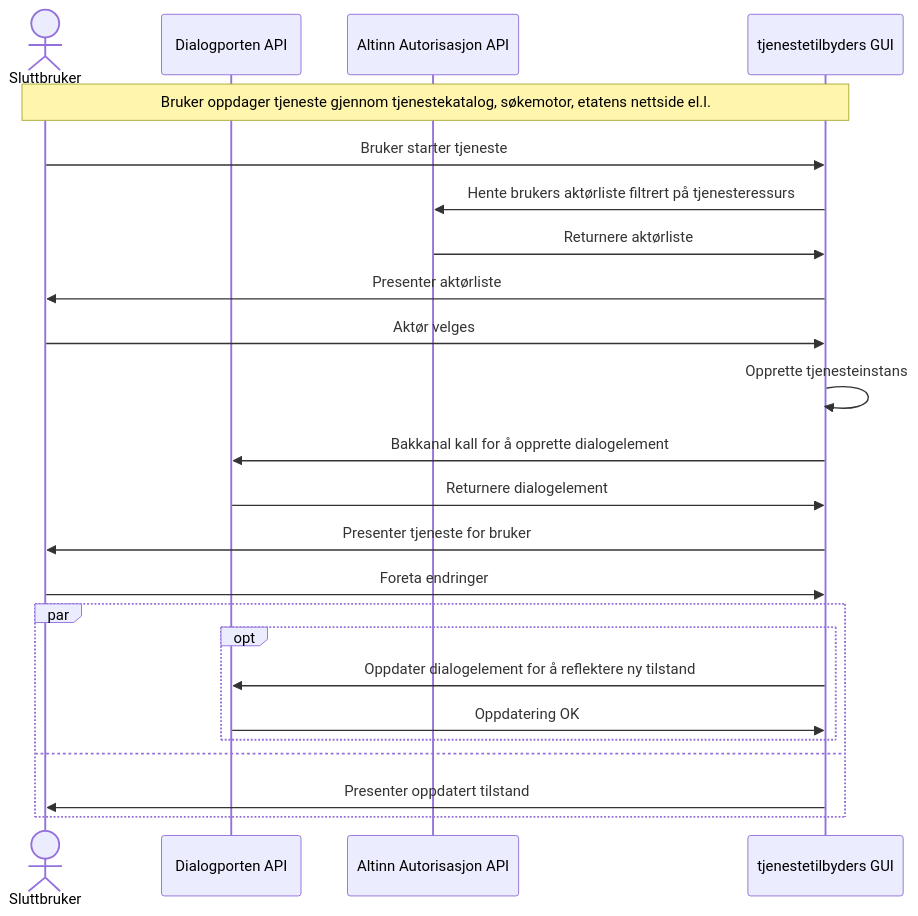
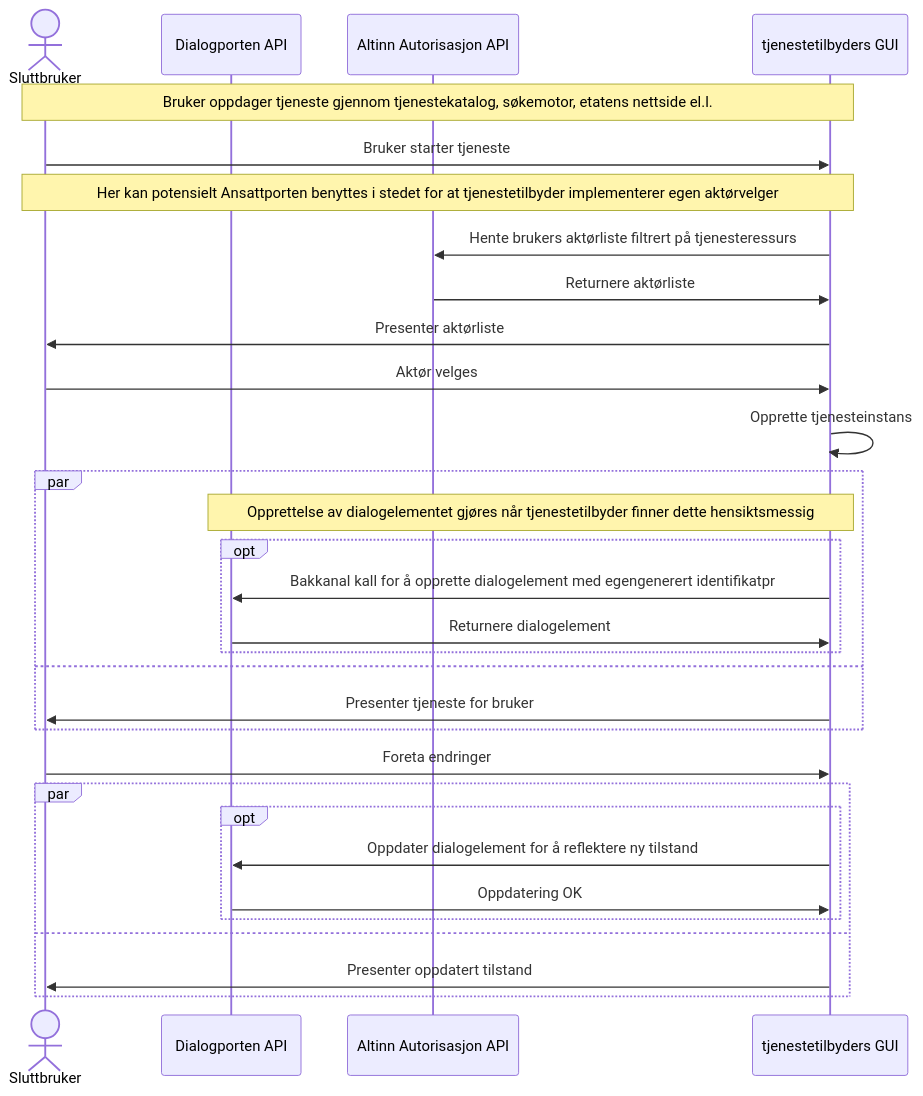
One commit to elsand/elsand.github.io changed the fourth of 6 diagrams in dialogporten.md. Above: the diagram before and after it, drawn with Mermaid. The commit also changed other lines of this file and 1 other file, not shown here.

Commit message:
Add support for supplying id for dialogelement (#25)

````diff
--- a/dialogporten.md
+++ b/dialogporten.md
@@ -403,27 +405,34 @@
 ```mermaid!
 sequenceDiagram
     actor SB as Sluttbruker
     participant API as Dialogporten API 
     participant AUTH as Altinn Autorisasjon API 
     participant TEGUI as tjenestetilbyders GUI
 note over SB,TEGUI: Bruker oppdager tjeneste gjennom tjenestekatalog, søkemotor, etatens nettside el.l.
 SB->>TEGUI: Bruker starter tjeneste
+note over SB,TEGUI: Her kan potensielt Ansattporten benyttes i stedet for at tjenestetilbyder implementerer egen aktørvelger
 TEGUI->>AUTH: Hente brukers aktørliste filtrert på tjenesteressurs
 AUTH->>TEGUI: Returnere aktørliste
 TEGUI->>SB: Presenter aktørliste
 SB->>TEGUI: Aktør velges
 TEGUI->>TEGUI: Opprette tjenesteinstans
-TEGUI->>API: Bakkanal kall for å opprette dialogelement
-API->>TEGUI: Returnere dialogelement
-TEGUI->>SB: Presenter tjeneste for bruker
+par
+    note over API,TEGUI: Opprettelse av dialogelementet gjøres når tjenestetilbyder finner dette hensiktsmessig
+    opt
+        TEGUI->>API: Bakkanal kall for å opprette dialogelement med egengenerert identifikatpr
+        API->>TEGUI: Returnere dialogelement
+    end
+and
+    TEGUI->>SB: Presenter tjeneste for bruker
+end
 
 SB->>TEGUI: Foreta endringer
 par
     opt
         TEGUI->>API: Oppdater dialogelement for å reflektere ny tilstand
         API->>TEGUI: Oppdatering OK
     end
 and 
     TEGUI->>SB: Presenter oppdatert tilstand
 end
 ```
````
